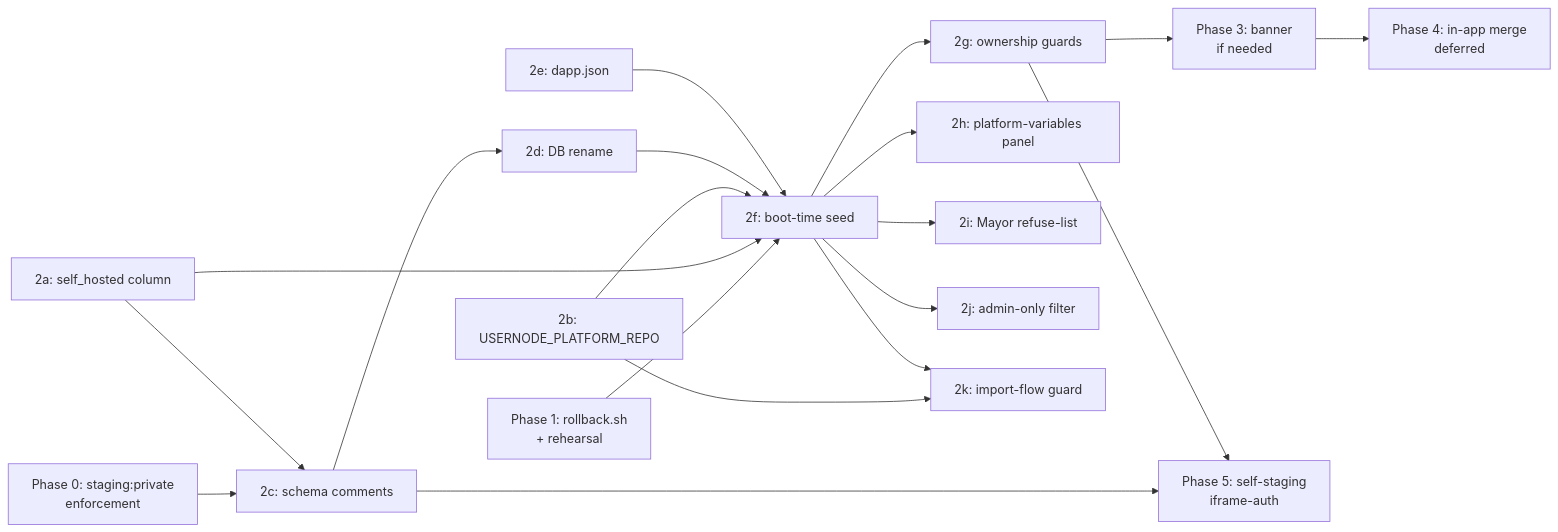
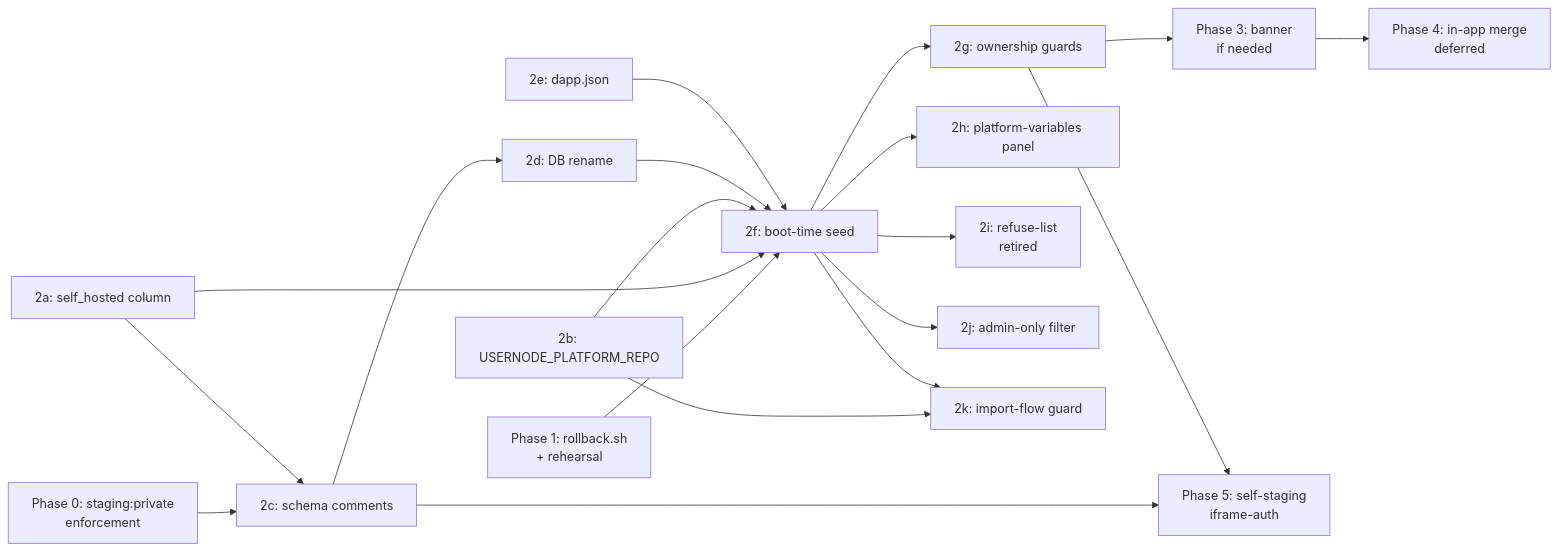
Before and after one commit to Usernode-Labs/social-vibecoding: the second of 2 diagrams in SELF-HOSTING.md, drawn with Mermaid. The commit also changed other lines of this file and 12 other files, not shown here.

````diff
--- a/SELF-HOSTING.md
+++ b/SELF-HOSTING.md
@@ -1116,38 +1094,38 @@
 ```mermaid
 flowchart LR
     P0[Phase 0: staging:private<br/>enforcement]
     P1[Phase 1: rollback.sh<br/>+ rehearsal]
     P2a[2a: self_hosted column]
     P2b[2b: USERNODE_PLATFORM_REPO]
     P2c[2c: schema comments]
     P2d[2d: DB rename]
     P2e[2e: dapp.json]
     P2f[2f: boot-time seed]
     P2g[2g: ownership guards]
     P2h[2h: platform-variables panel]
-    P2i[2i: Mayor refuse-list]
+    P2i[2i: refuse-list<br/>retired]
     P2j[2j: admin-only filter]
     P2k[2k: import-flow guard]
     P3[Phase 3: banner<br/>if needed]
     P4[Phase 4: in-app merge<br/>deferred]
     P5[Phase 5: self-staging<br/>iframe-auth]
 
     P0 --> P2c
     P1 --> P2f
     P2a --> P2c
     P2a --> P2f
     P2b --> P2f
     P2b --> P2k
     P2c --> P2d
     P2c --> P5
     P2d --> P2f
     P2e --> P2f
     P2f --> P2g
     P2f --> P2h
     P2f --> P2i
     P2f --> P2j
     P2f --> P2k
     P2g --> P3
     P2g --> P5
     P3 --> P4
 ```
````
